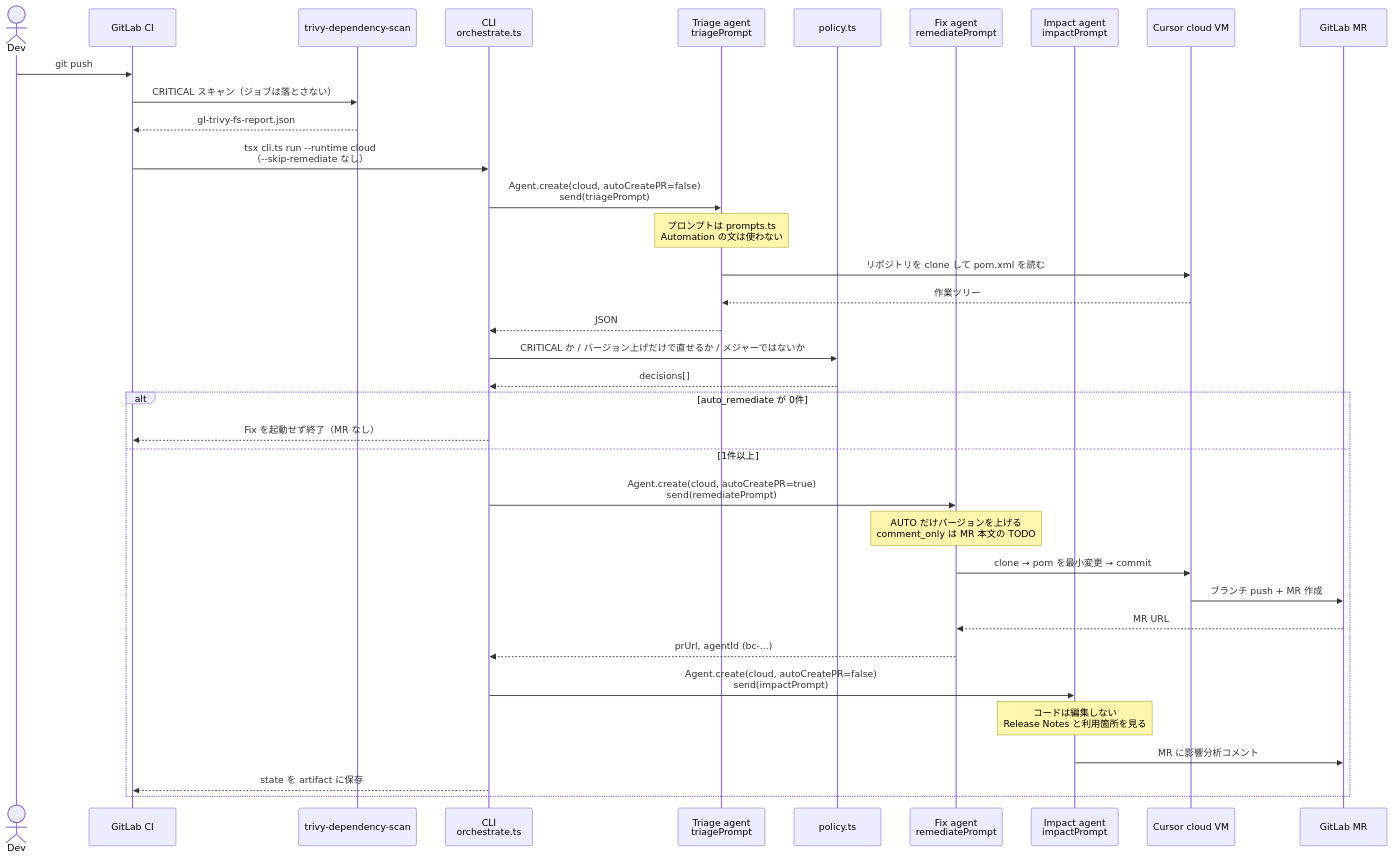
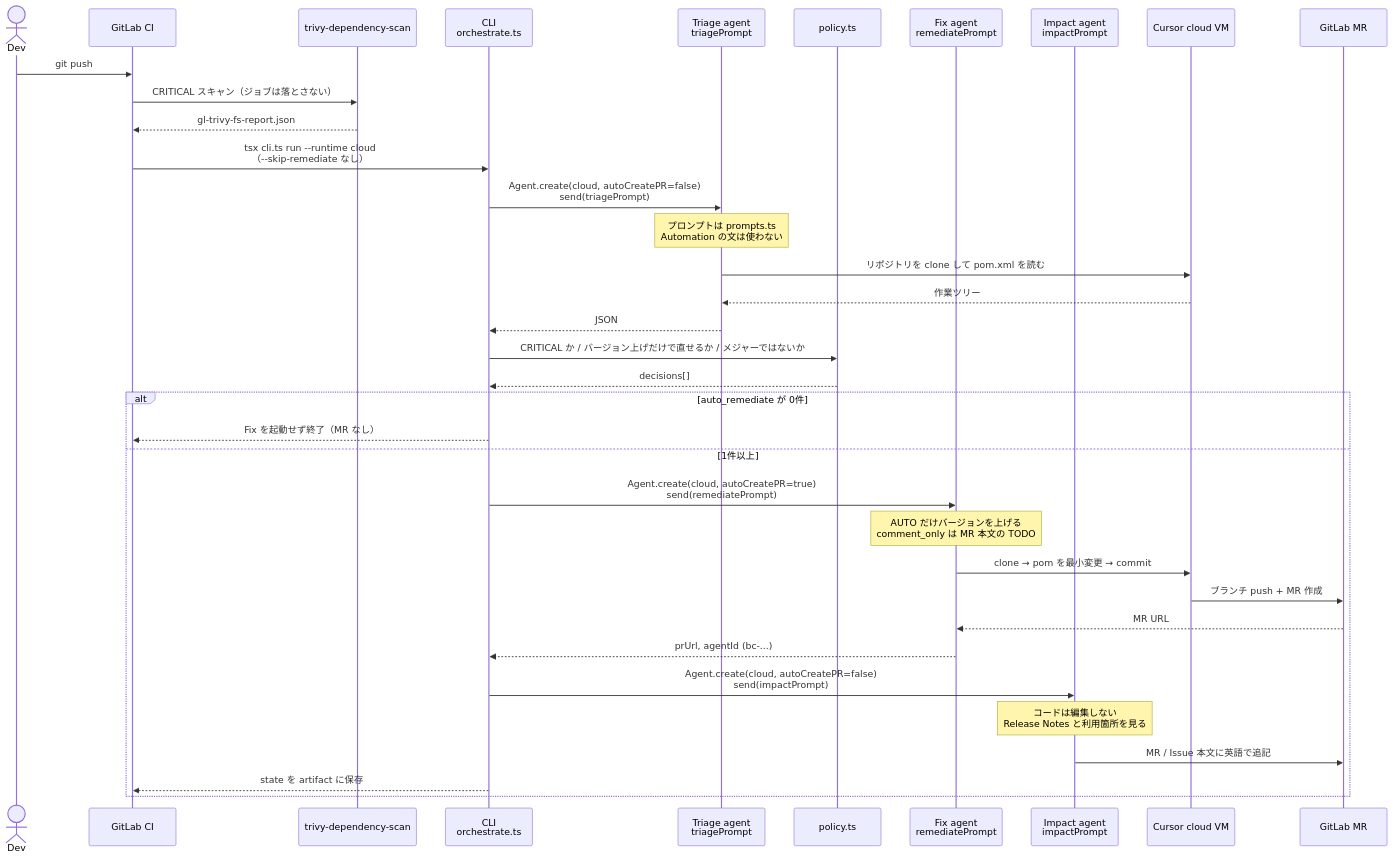
The second of 5 diagrams in cursor-sdk/SEQUENCE.ja.md (Acme-finance-demo/spring-petclinic-cursor), drawn with Mermaid before and after one commit. The commit also changed other lines of this file and 6 other files, not shown here.

First line of the commit message:
Append English upgrade-impact analysis to the MR and Issue body.

````diff
--- a/cursor-sdk/SEQUENCE.ja.md
+++ b/cursor-sdk/SEQUENCE.ja.md
@@ -73,43 +73,43 @@
 ```mermaid
 sequenceDiagram
     actor Dev
     participant GL as GitLab CI
     participant Scan as trivy-dependency-scan
     participant CLI as CLI<br/>orchestrate.ts
     participant Triage as Triage agent<br/>triagePrompt
     participant Policy as policy.ts
     participant Fix as Fix agent<br/>remediatePrompt
     participant Impact as Impact agent<br/>impactPrompt
     participant Cursor as Cursor cloud VM
     participant GitLab as GitLab MR
 
     Dev->>GL: git push
     GL->>Scan: CRITICAL スキャン（ジョブは落とさない）
     Scan-->>GL: gl-trivy-fs-report.json
 
     GL->>CLI: tsx cli.ts run --runtime cloud<br/>（--skip-remediate なし）
 
     CLI->>Triage: Agent.create(cloud, autoCreatePR=false)<br/>send(triagePrompt)
     Note over Triage: プロンプトは prompts.ts<br/>Automation の文は使わない
     Triage->>Cursor: リポジトリを clone して pom.xml を読む
     Cursor-->>Triage: 作業ツリー
     Triage-->>CLI: JSON
 
     CLI->>Policy: CRITICAL か / バージョン上げだけで直せるか / メジャーではないか
     Policy-->>CLI: decisions[]
 
     alt auto_remediate が 0件
         CLI-->>GL: Fix を起動せず終了（MR なし）
     else 1件以上
         CLI->>Fix: Agent.create(cloud, autoCreatePR=true)<br/>send(remediatePrompt)
         Note over Fix: AUTO だけバージョンを上げる<br/>comment_only は MR 本文の TODO
         Fix->>Cursor: clone → pom を最小変更 → commit
         Cursor->>GitLab: ブランチ push + MR 作成
         GitLab-->>Fix: MR URL
         Fix-->>CLI: prUrl, agentId (bc-...)
         CLI->>Impact: Agent.create(cloud, autoCreatePR=false)<br/>send(impactPrompt)
         Note over Impact: コードは編集しない<br/>Release Notes と利用箇所を見る
-        Impact->>GitLab: MR に影響分析コメント
+        Impact->>GitLab: MR / Issue 本文に英語で追記
         CLI-->>GL: state を artifact に保存
     end
 ```
````
